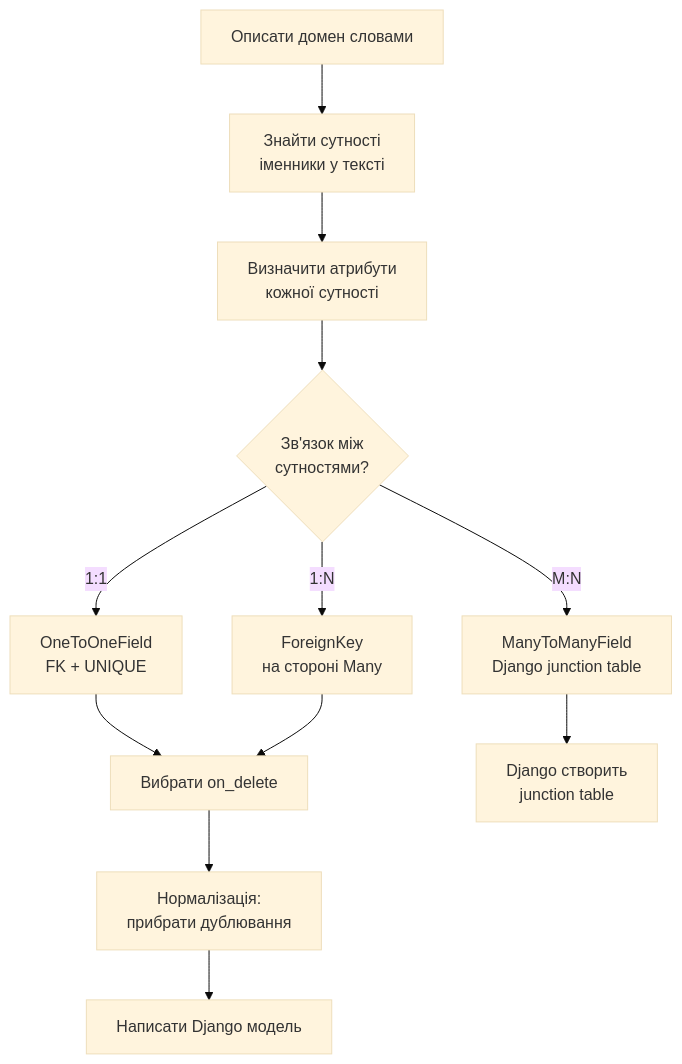
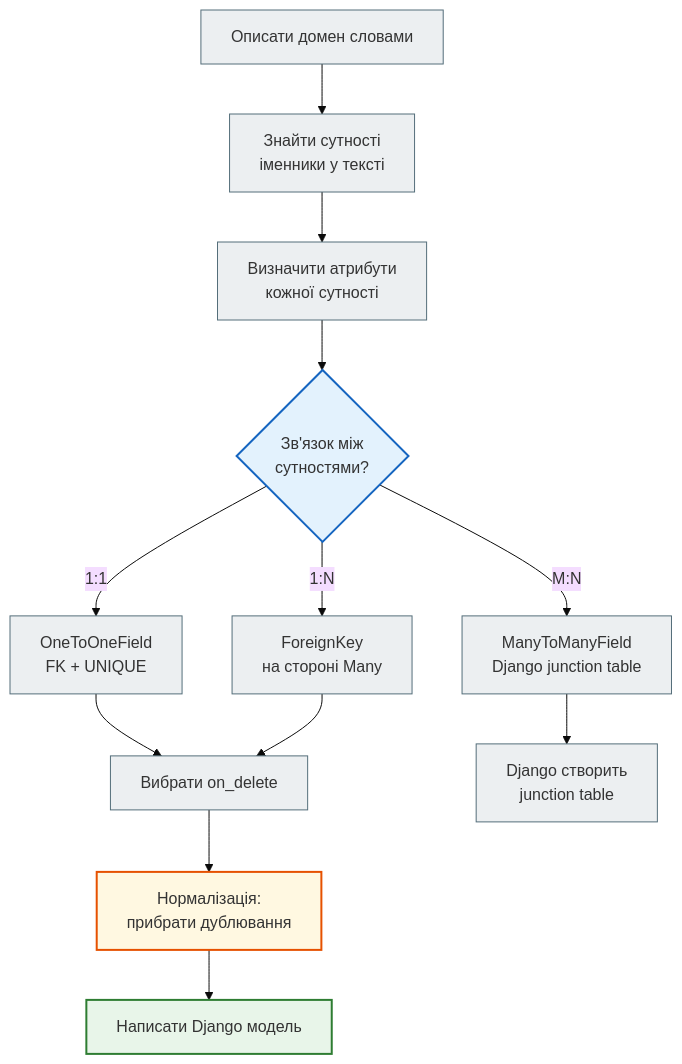
One commit to NikoriakViktot/notes_chat_app changed the second of 2 diagrams in docs/tutorials/03_crud_and_architecture/er_diagrams.md. Above: the diagram before and after it, drawn with Mermaid (base theme). The commit also changed other lines of this file and 441 other files, not shown here.

First line of the commit message:
Add English version of the book, Mermaid standard, docs fixes

````diff
--- a/docs/tutorials/03_crud_and_architecture/er_diagrams.md
+++ b/docs/tutorials/03_crud_and_architecture/er_diagrams.md
@@ -386,14 +387,24 @@
 ```mermaid
 flowchart TD
-    A[Описати домен словами] --> B[Знайти сутності\nіменники у тексті]
-    B --> C[Визначити атрибути\nкожної сутності]
-    C --> D{Зв'язок між\nсутностями?}
-    D -->|"1:1"| E[OneToOneField\nFK + UNIQUE]
-    D -->|"1:N"| F[ForeignKey\nна стороні Many]
-    D -->|"M:N"| G[ManyToManyField\nDjango junction table]
+    A[Описати домен словами] --> B["Знайти сутності<br>іменники у тексті"]
+    B --> C["Визначити атрибути<br>кожної сутності"]
+    C --> D{"Зв'язок між<br>сутностями?"}
+    D -->|"1:1"| E["OneToOneField<br>FK + UNIQUE"]
+    D -->|"1:N"| F["ForeignKey<br>на стороні Many"]
+    D -->|"M:N"| G["ManyToManyField<br>Django junction table"]
     E --> H[Вибрати on_delete]
     F --> H
-    G --> I[Django створить\njunction table]
-    H --> J[Нормалізація:\nприбрати дублювання]
+    G --> I["Django створить<br>junction table"]
+    H --> J["Нормалізація:<br>прибрати дублювання"]
     J --> K[Написати Django модель]
+
+    classDef step     fill:#eceff1,stroke:#546e7a,stroke-width:1px;
+    classDef decision fill:#e3f2fd,stroke:#1565c0,stroke-width:2px;
+    classDef success  fill:#e8f5e9,stroke:#2e7d32,stroke-width:2px;
+    classDef warning  fill:#fff8e1,stroke:#e65100,stroke-width:2px;
+
+    class A,B,C,E,F,G,H,I step;
+    class D decision;
+    class K success;
+    class J warning;
 ```
````
